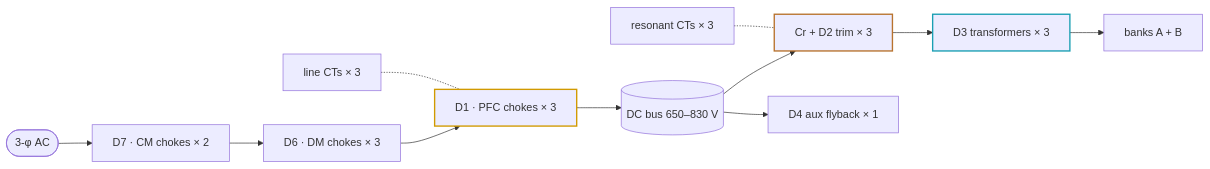
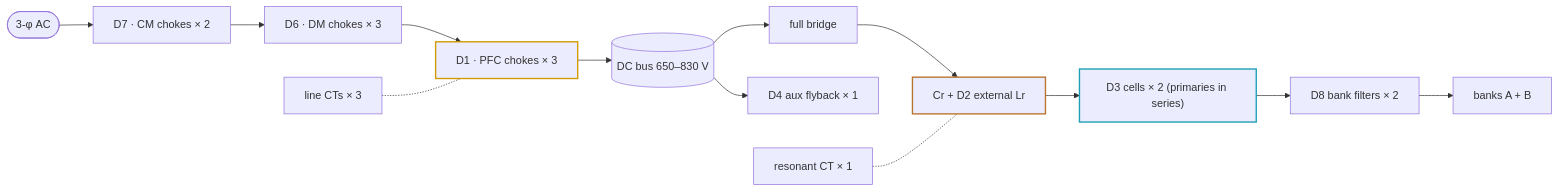
The first of 2 diagrams in docs/magnetics.md (vectivolt/DC-Modules), drawn with Mermaid before and after one commit. The commit also changed other lines of this file and 110 other files, not shown here.

````diff
--- a/docs/magnetics.md
+++ b/docs/magnetics.md
@@ -53,12 +68,12 @@
 ```mermaid
 flowchart LR
   AC(["3-φ AC"]) --> D7["D7 · CM chokes × 2"] --> D6["D6 · DM chokes × 3"] --> D1["D1 · PFC chokes × 3"]
   D1 --> BUS[("DC bus 650–830 V")]
-  BUS --> TANK["Cr + D2 trim × 3"] --> D3["D3 transformers × 3"] --> BANKS["banks A + B"]
+  BUS --> FB["full bridge"] --> TANK["Cr + D2 external Lr"] --> D3["D3 cells × 2 (primaries in series)"] --> D8["D8 bank filters × 2"] --> BANKS["banks A + B"]
   BUS --> D4["D4 aux flyback × 1"]
   LCT["line CTs × 3"] -.- D1
-  RCT["resonant CTs × 3"] -.- TANK
+  RCT["resonant CT × 1"] -.- TANK
   style D1 stroke:#d19a00,stroke-width:2px
   style D3 stroke:#1a9fb3,stroke-width:2px
   style TANK stroke:#b8732e,stroke-width:2px
 ```
````
